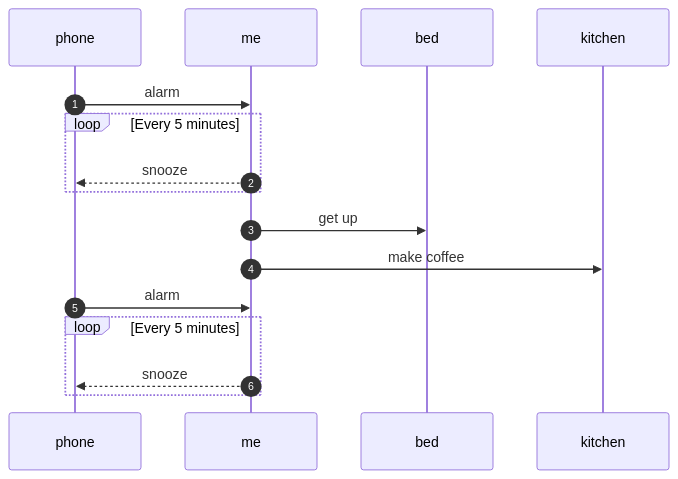
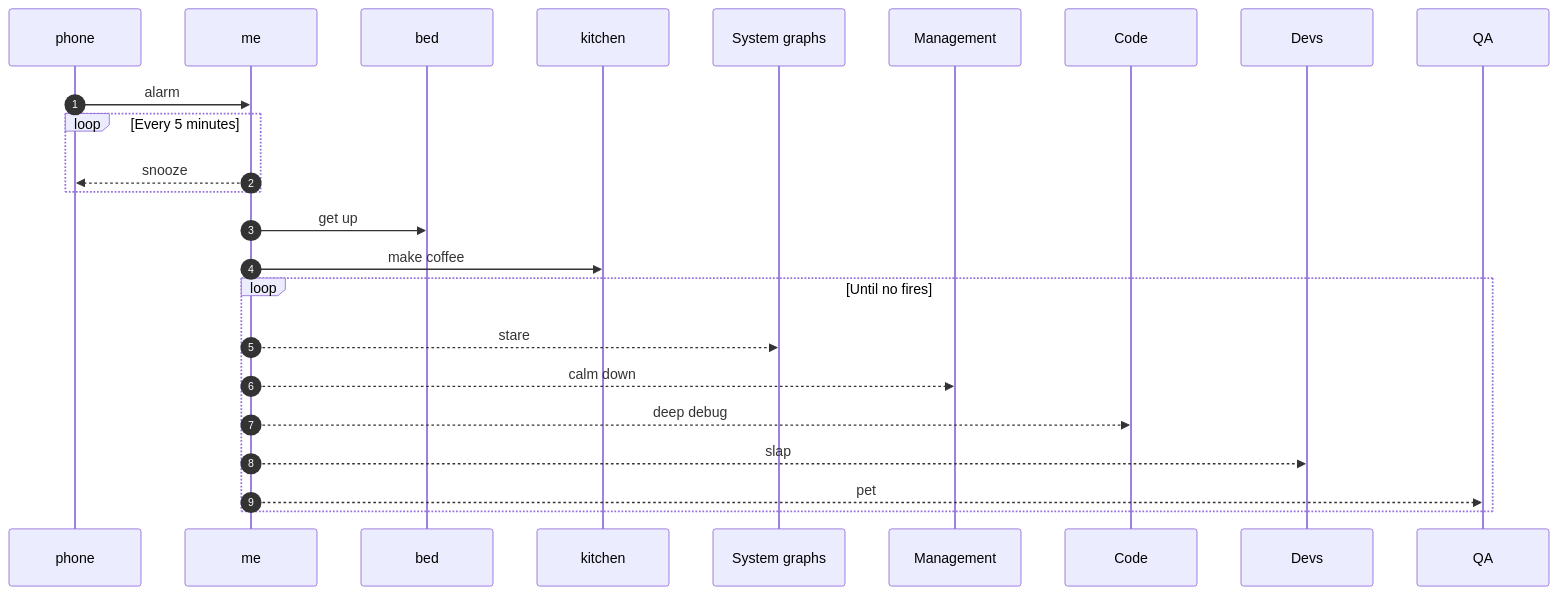
One commit to RaySirX/rk3328-netmaster changed the diagram in README.md. Above: the diagram before and after it, drawn with Mermaid.

Commit message:
mermaid test

````diff
--- a/README.md
+++ b/README.md
@@ -79,17 +79,20 @@
 ```mermaid
 sequenceDiagram
   autonumber
   phone ->> me: alarm
   loop Every 5 minutes
     me -->> phone: snooze
   end
   
   me ->> bed: get up
 
   me ->> kitchen: make coffee
 
-  phone ->> me: alarm
-  loop Every 5 minutes
-    me -->> phone: snooze
+  loop Until no fires
+    me -->> System graphs: stare
+    me -->> Management: calm down
+    me -->> Code: deep debug
+    me -->> Devs: slap
+    me -->> QA: pet
   end
 ```
````
